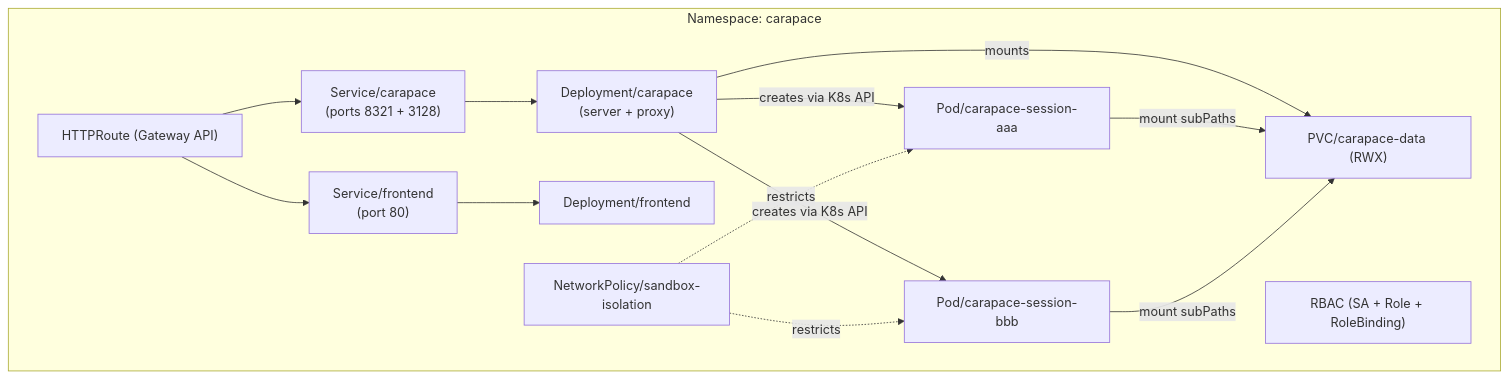
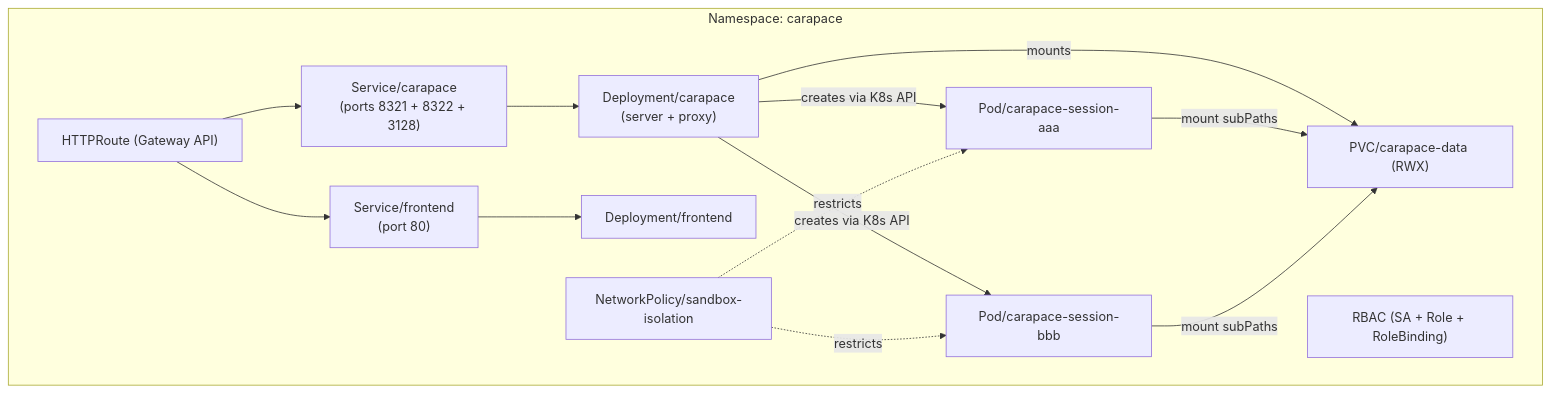
One commit to thiesgerken/carapace changed the diagram in docs/kubernetes.md. Above: the diagram before and after it, drawn with Mermaid. The commit also changed other lines of this file and 22 other files, not shown here.

First line of the commit message:
🔒 refactor: split server into 3-port architecture

````diff
--- a/docs/kubernetes.md
+++ b/docs/kubernetes.md
@@ -37,23 +37,23 @@
 ```mermaid
 graph TD
     subgraph ns ["Namespace: carapace"]
         Deploy["Deployment/carapace<br/>(server + proxy)"]
         Frontend["Deployment/frontend"]
-        SvcServer["Service/carapace<br/>(ports 8321 + 3128)"]
+        SvcServer["Service/carapace<br/>(ports 8321 + 8322 + 3128)"]
         SvcFront["Service/frontend<br/>(port 80)"]
         PVC["PVC/carapace-data (RWX)"]
         NetPol["NetworkPolicy/sandbox-isolation"]
         Route["HTTPRoute (Gateway API)"]
         RBAC["RBAC (SA + Role + RoleBinding)"]
         SandboxA["Pod/carapace-session-aaa"]
         SandboxB["Pod/carapace-session-bbb"]
     end
 
     Deploy -->|mounts| PVC
     Deploy -->|creates via K8s API| SandboxA & SandboxB
     SandboxA & SandboxB -->|mount subPaths| PVC
     SvcServer --> Deploy
     SvcFront --> Frontend
     Route --> SvcServer & SvcFront
     NetPol -.->|restricts| SandboxA & SandboxB
 ```
````
